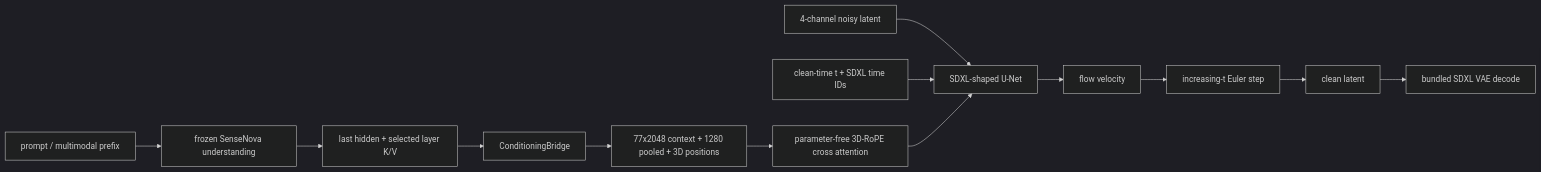
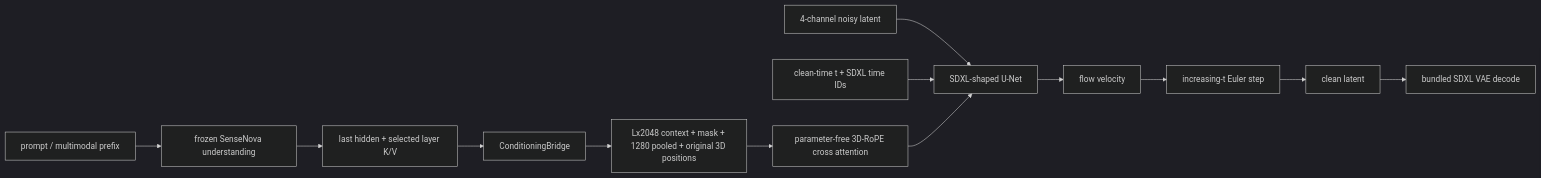
One commit to celll1/SushiUI changed the diagram in docs/reference/architectures/sensenova_sdxl_chimera.md. Above: the diagram before and after it, drawn with Mermaid (dark theme). The commit also changed other lines of this file and 36 other files, not shown here.

````diff
--- a/docs/reference/architectures/sensenova_sdxl_chimera.md
+++ b/docs/reference/architectures/sensenova_sdxl_chimera.md
@@ -42,15 +42,15 @@
 ```mermaid
 flowchart LR
   P["prompt / multimodal prefix"] --> U["frozen SenseNova understanding"]
   U --> H["last hidden + selected layer K/V"]
   H --> B["ConditioningBridge"]
-  B --> C["77x2048 context + 1280 pooled + 3D positions"]
+  B --> C["Lx2048 context + mask + 1280 pooled + original 3D positions"]
   N["4-channel noisy latent"] --> D["SDXL-shaped U-Net"]
   T["clean-time t + SDXL time IDs"] --> D
   C --> A["parameter-free 3D-RoPE cross attention"]
   A --> D
   D --> V["flow velocity"]
   V --> E["increasing-t Euler step"]
   E --> Z["clean latent"]
   Z --> VAE["bundled SDXL VAE decode"]
 ```
````
